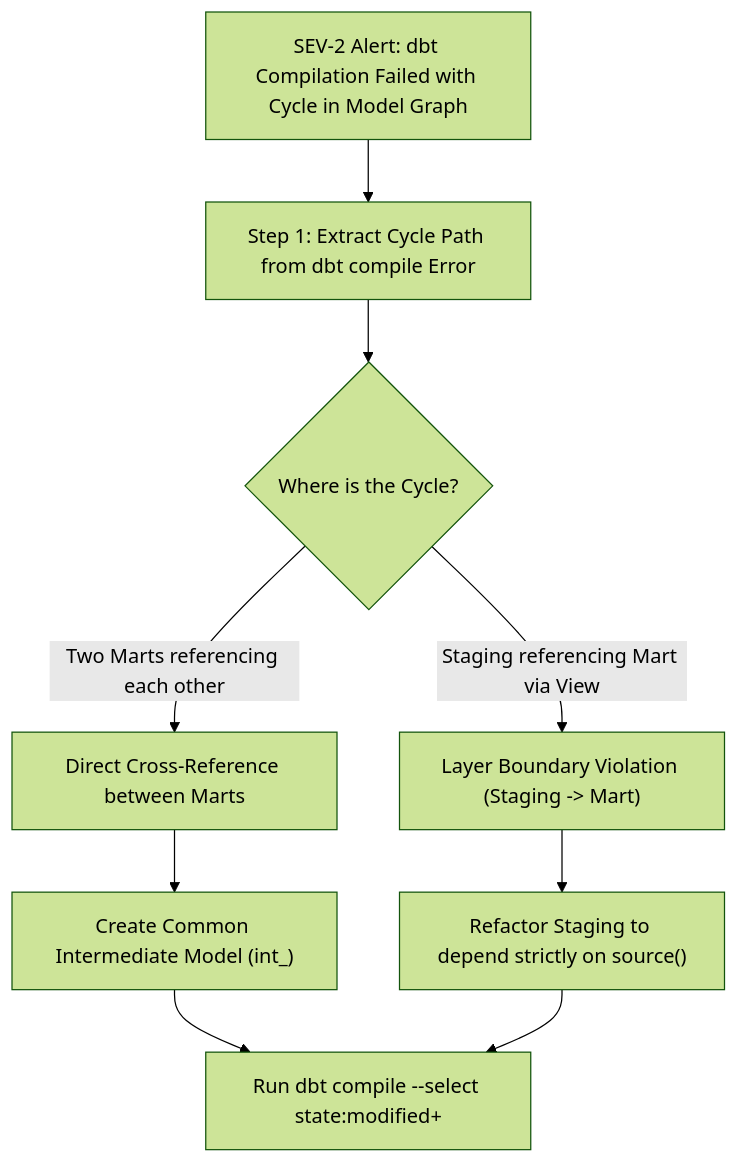
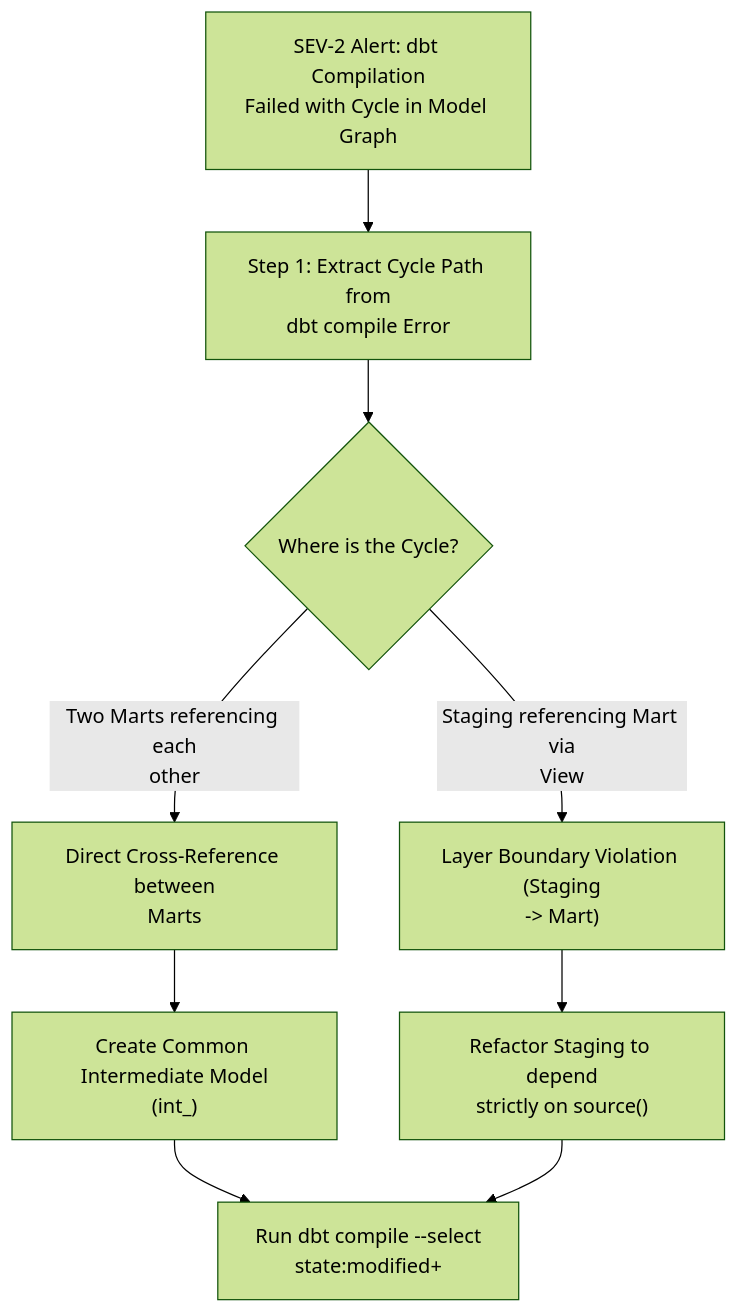
The diagram in runbooks/03_circular_dependency_and_dag_deadlock_triage.md (santoshjammi29/dbt-handbook), drawn with Mermaid (forest theme) before and after one commit. The commit also changed 11 other files, not shown here.

Commit message:
fix(diagrams): word-wrap labels and escape comparison operators across all diagrams

````diff
--- a/runbooks/03_circular_dependency_and_dag_deadlock_triage.md
+++ b/runbooks/03_circular_dependency_and_dag_deadlock_triage.md
@@ -12,13 +12,13 @@
 ```mermaid
 flowchart TD
-    Alert["SEV-2 Alert: dbt Compilation Failed with Cycle in Model Graph"] --> ParseCycle["Step 1: Extract Cycle Path from dbt compile Error"]
+    Alert["SEV-2 Alert: dbt Compilation<br/>Failed with Cycle in Model Graph"] --> ParseCycle["Step 1: Extract Cycle Path from<br/>dbt compile Error"]
     ParseCycle --> AnalyzeModels{"Where is the Cycle?"}
 
-    AnalyzeModels -->|"Two Marts referencing each other"| CrossRef["Direct Cross-Reference between Marts"]
-    AnalyzeModels -->|"Staging referencing Mart via View"| LayerViolation["Layer Boundary Violation (Staging -> Mart)"]
+    AnalyzeModels -->|"Two Marts referencing each<br/>other"| CrossRef["Direct Cross-Reference between<br/>Marts"]
+    AnalyzeModels -->|"Staging referencing Mart via<br/>View"| LayerViolation["Layer Boundary Violation (Staging<br/>-> Mart)"]
 
-    CrossRef --> ExtractIntermediate["Create Common Intermediate Model (int_)"]
-    LayerViolation --> EnforceStagingRule["Refactor Staging to depend strictly on source()"]
-    ExtractIntermediate --> CompileCheck["Run dbt compile --select state:modified+"]
+    CrossRef --> ExtractIntermediate["Create Common Intermediate Model<br/>(int_)"]
+    LayerViolation --> EnforceStagingRule["Refactor Staging to depend<br/>strictly on source()"]
+    ExtractIntermediate --> CompileCheck["Run dbt compile --select<br/>state:modified+"]
     EnforceStagingRule --> CompileCheck
 ```
````
